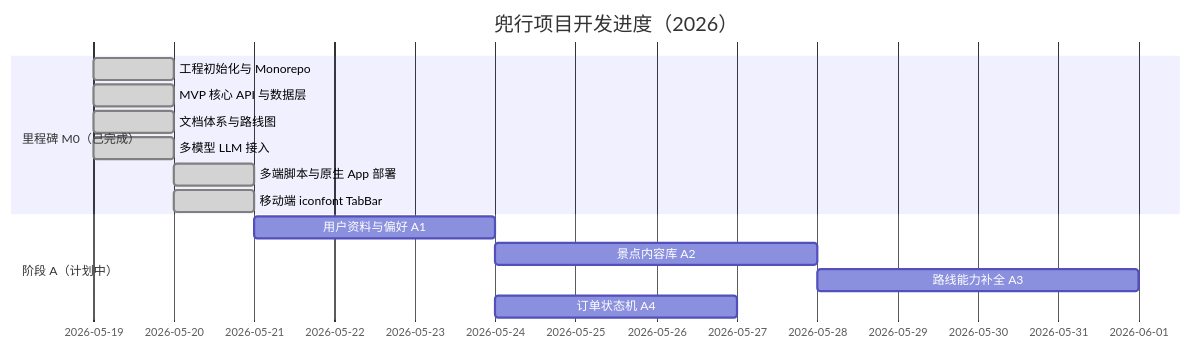
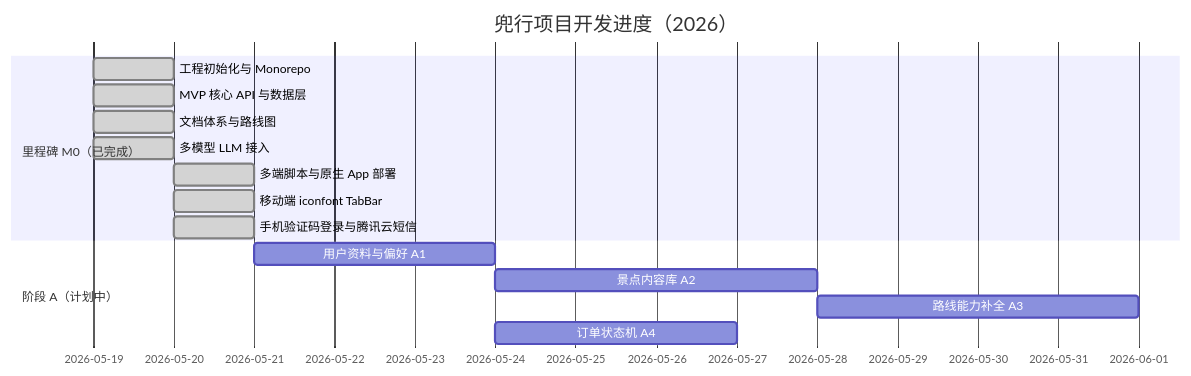
Before and after one commit to yxtao-lab/douxing: the diagram in docs/ROADMAP.md, drawn with Mermaid. The commit also changed other lines of this file and 18 other files, not shown here.

````diff
--- a/docs/ROADMAP.md
+++ b/docs/ROADMAP.md
@@ -42,17 +43,18 @@
 ```mermaid
 gantt
     title 兜行项目开发进度（2026）
     dateFormat YYYY-MM-DD
     section 里程碑 M0（已完成）
     工程初始化与 Monorepo           :done, m01, 2026-05-19, 1d
     MVP 核心 API 与数据层           :done, m02, 2026-05-19, 1d
     文档体系与路线图                 :done, m03, 2026-05-19, 1d
     多模型 LLM 接入                 :done, m04, 2026-05-19, 1d
     多端脚本与原生 App 部署          :done, m05, 2026-05-20, 1d
     移动端 iconfont TabBar          :done, m06, 2026-05-20, 1d
+    手机验证码登录与腾讯云短信       :done, m07, 2026-05-20, 1d
     section 阶段 A（计划中）
     用户资料与偏好 A1               :a1, 2026-05-21, 3d
     景点内容库 A2                   :a2, after a1, 4d
     路线能力补全 A3                 :a3, after a2, 4d
     订单状态机 A4                   :a4, after a1, 3d
 ```
````
